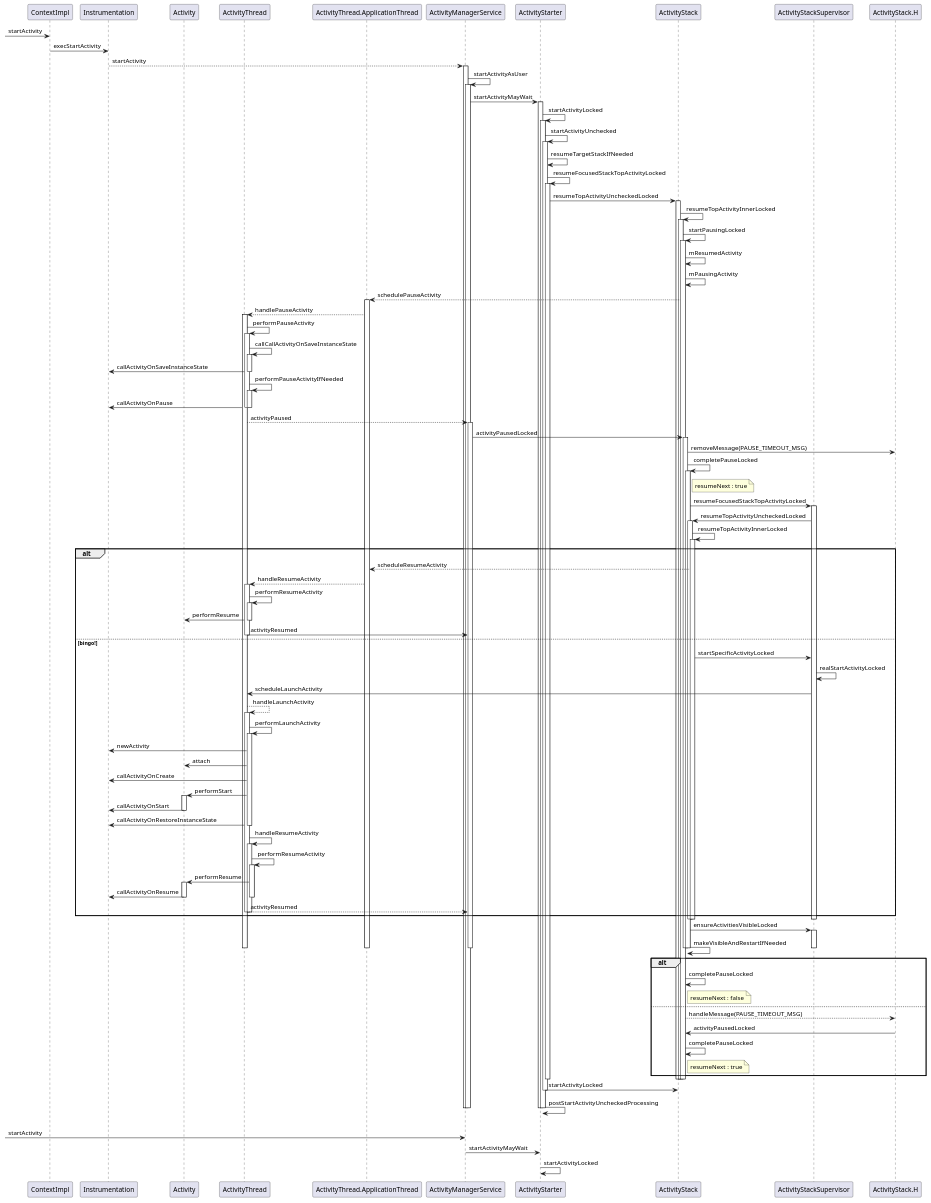
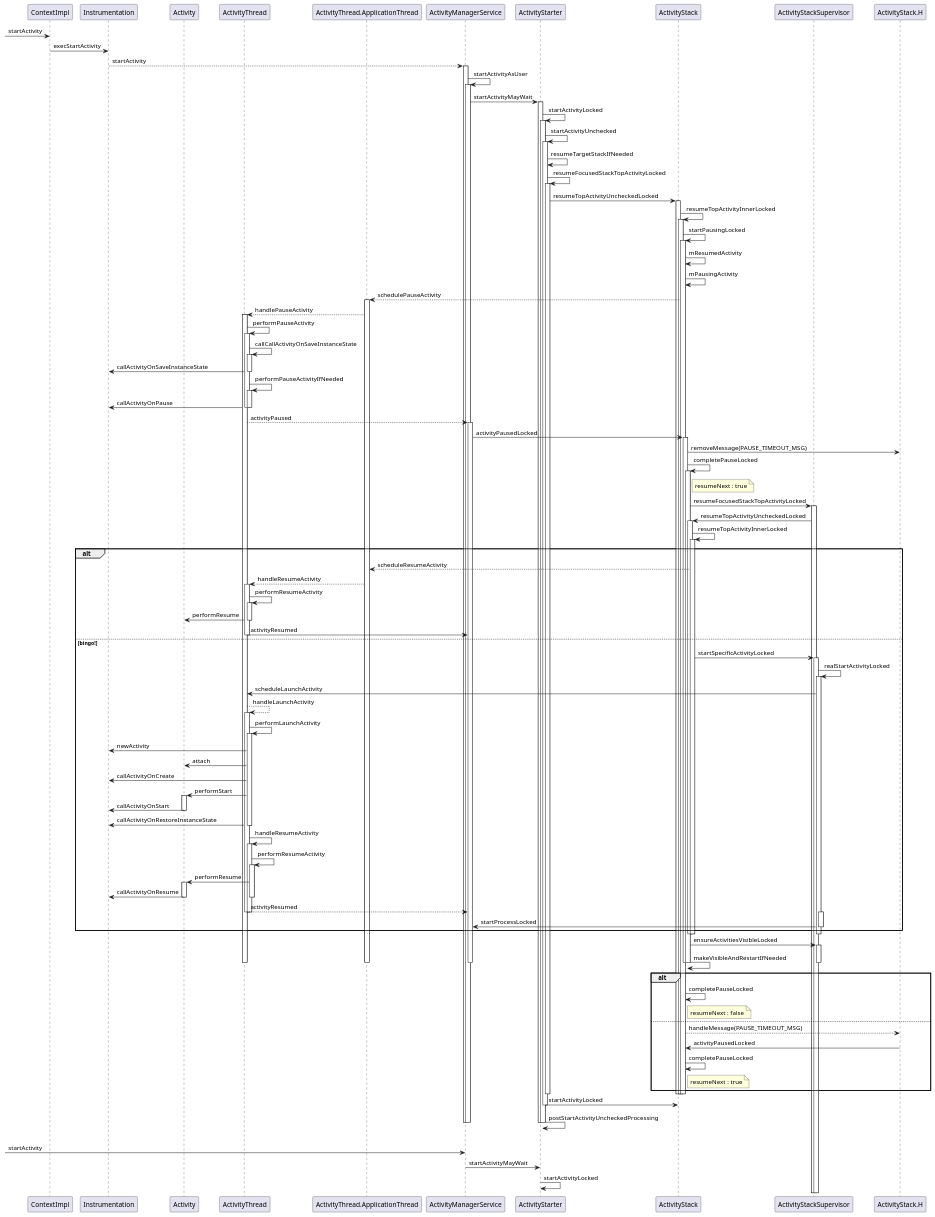
One commit to peggy109/AndroidSystemServer changed the diagram in android_start_activity.puml. Above: the diagram before and after it, drawn with PlantUML.

Commit message:
android_start_activity.puml,update

```diff
--- a/android_start_activity.puml
+++ b/android_start_activity.puml
@@ -1,143 +1,148 @@
 @startuml
 participant ContextImpl
 participant Instrumentation
 participant Activity
 participant ActivityThread
 participant ActivityThread.ApplicationThread
 participant ActivityManagerService as AMS
 participant ActivityStarter
 participant ActivityStack
 participant ActivityStackSupervisor
 participant ActivityStack.H
 
 [-> ContextImpl : startActivity
 ContextImpl -> Instrumentation : execStartActivity
 Instrumentation ---> AMS : startActivity
 activate AMS
 	AMS -> AMS : startActivityAsUser
 	activate AMS
 		AMS -> ActivityStarter : startActivityMayWait
 		activate ActivityStarter
 			ActivityStarter -> ActivityStarter : startActivityLocked
 			activate ActivityStarter
 				ActivityStarter -> ActivityStarter : startActivityUnchecked
 				activate ActivityStarter
 					ActivityStarter -> ActivityStarter : resumeTargetStackIfNeeded
 					ActivityStarter -> ActivityStarter : resumeFocusedStackTopActivityLocked
 					activate ActivityStarter
 						ActivityStarter -> ActivityStack : resumeTopActivityUncheckedLocked
 						activate ActivityStack
 							ActivityStack -> ActivityStack : resumeTopActivityInnerLocked
 							activate ActivityStack
 								ActivityStack -> ActivityStack : startPausingLocked
 								activate ActivityStack
 									ActivityStack -> ActivityStack : mResumedActivity
 									ActivityStack -> ActivityStack : mPausingActivity
 									ActivityStack --> ActivityThread.ApplicationThread : schedulePauseActivity
 									activate ActivityThread.ApplicationThread
 										ActivityThread.ApplicationThread --> ActivityThread : handlePauseActivity
 										activate ActivityThread
 											ActivityThread -> ActivityThread : performPauseActivity
 											activate ActivityThread
 												ActivityThread -> ActivityThread : callCallActivityOnSaveInstanceState
 												activate ActivityThread
 													ActivityThread -> Instrumentation : callActivityOnSaveInstanceState
 												deactivate ActivityThread
 												ActivityThread -> ActivityThread : performPauseActivityIfNeeded
 												activate ActivityThread
 													ActivityThread -> Instrumentation : callActivityOnPause
 												deactivate ActivityThread
 											deactivate ActivityThread
 											ActivityThread ---> AMS : activityPaused 
 											activate AMS
 												AMS -> ActivityStack : activityPausedLocked
 												activate ActivityStack
 													ActivityStack -> ActivityStack.H : removeMessage(PAUSE_TIMEOUT_MSG)
 													ActivityStack -> ActivityStack : completePauseLocked
 													note right of ActivityStack : resumeNext : true
 													activate ActivityStack
 														ActivityStack -> ActivityStackSupervisor : resumeFocusedStackTopActivityLocked
 														activate ActivityStackSupervisor
 															ActivityStackSupervisor -> ActivityStack : resumeTopActivityUncheckedLocked
 															activate ActivityStack
 																ActivityStack -> ActivityStack : resumeTopActivityInnerLocked
 																activate ActivityStack
 																alt
 																	ActivityStack ---> ActivityThread.ApplicationThread : scheduleResumeActivity
 																	ActivityThread.ApplicationThread ---> ActivityThread :handleResumeActivity
 																	activate ActivityThread
 																		ActivityThread -> ActivityThread : performResumeActivity
 																		activate ActivityThread
 																			ActivityThread -> Activity : performResume
 																		deactivate ActivityThread
 																		ActivityThread -> AMS : activityResumed
 																	deactivate ActivityThread
 																else bingo!
 																	ActivityStack -> ActivityStackSupervisor : startSpecificActivityLocked
-																	ActivityStackSupervisor -> ActivityStackSupervisor : realStartActivityLocked
-																	ActivityStackSupervisor -> ActivityThread : scheduleLaunchActivity
-																	ActivityThread ---> ActivityThread : handleLaunchActivity
-																	activate ActivityThread
-																		ActivityThread -> ActivityThread : performLaunchActivity
-																		activate ActivityThread
-																		    ActivityThread -> Instrumentation : newActivity
-																		    ActivityThread -> Activity : attach
-																		    ActivityThread -> Instrumentation : callActivityOnCreate
-																		    ActivityThread -> Activity : performStart
-																		    activate Activity
-																		        Activity -> Instrumentation : callActivityOnStart
-																		    deactivate Activity
-																		    ActivityThread -> Instrumentation : callActivityOnRestoreInstanceState
-																		deactivate ActivityThread
-																		ActivityThread -> ActivityThread : handleResumeActivity
-																		activate ActivityThread
-																		    ActivityThread -> ActivityThread : performResumeActivity
-																		    activate ActivityThread
-																		        ActivityThread -> Activity : performResume
-																		        activate Activity
-																		            Activity -> Instrumentation : callActivityOnResume
-																		        deactivate Activity
-																		    deactivate ActivityThread
-                                                                            ActivityThread ---> AMS : activityResumed
-																		deactivate ActivityThread
-																	deactivate ActivityThread
+																	activate ActivityStackSupervisor
+                                                                        ActivityStackSupervisor -> ActivityStackSupervisor : realStartActivityLocked
+                                                                        activate ActivityStackSupervisor
+                                                                            ActivityStackSupervisor -> ActivityThread : scheduleLaunchActivity
+                                                                            ActivityThread ---> ActivityThread : handleLaunchActivity
+                                                                            activate ActivityThread
+                                                                                ActivityThread -> ActivityThread : performLaunchActivity
+                                                                                activate ActivityThread
+                                                                                    ActivityThread -> Instrumentation : newActivity
+                                                                                    ActivityThread -> Activity : attach
+                                                                                    ActivityThread -> Instrumentation : callActivityOnCreate
+                                                                                    ActivityThread -> Activity : performStart
+                                                                                    activate Activity
+                                                                                        Activity -> Instrumentation : callActivityOnStart
+                                                                                    deactivate Activity
+                                                                                    ActivityThread -> Instrumentation : callActivityOnRestoreInstanceState
+                                                                                deactivate ActivityThread
+                                                                                ActivityThread -> ActivityThread : handleResumeActivity
+                                                                                activate ActivityThread
+                                                                                    ActivityThread -> ActivityThread : performResumeActivity
+                                                                                    activate ActivityThread
+                                                                                        ActivityThread -> Activity : performResume
+                                                                                        activate Activity
+                                                                                            Activity -> Instrumentation : callActivityOnResume
+                                                                                        deactivate Activity
+                                                                                    deactivate ActivityThread
+                                                                                    ActivityThread ---> AMS : activityResumed
+                                                                                deactivate ActivityThread
+                                                                            deactivate ActivityThread
+                                                                        activate ActivityStackSupervisor
+                                                                        ActivityStackSupervisor -> AMS : startProcessLocked
+																	deactivate ActivityStackSupervisor
 																end
 																deactivate ActivityStack
 															deactivate ActivityStack
 														deactivate ActivityStackSupervisor
 														ActivityStack -> ActivityStackSupervisor : ensureActivitiesVisibleLocked
 														activate ActivityStackSupervisor
 														ActivityStack -> ActivityStack : makeVisibleAndRestartIfNeeded
 														deactivate ActivityStackSupervisor
 													deactivate ActivityStack
 												deactivate ActivityStack
 											deactivate AMS
 										deactivate ActivityThread
 									deactivate ActivityThread.ApplicationThread
 									alt
 										ActivityStack -> ActivityStack : completePauseLocked
 										note right of ActivityStack : resumeNext : false
 									else
 										ActivityStack ---> ActivityStack.H : handleMessage(PAUSE_TIMEOUT_MSG)
 										ActivityStack.H -> ActivityStack : activityPausedLocked
 										ActivityStack -> ActivityStack : completePauseLocked
 										note right of ActivityStack : resumeNext : true
 									end
 								deactivate ActivityStack
 							deactivate ActivityStack
 						deactivate ActivityStack
 					deactivate ActivityStarter
 					ActivityStarter -> ActivityStack : startActivityLocked
 				deactivate ActivityStarter
 				ActivityStarter -> ActivityStarter : postStartActivityUncheckedProcessing
 			deactivate ActivityStarter
 		deactivate ActivityStarter
 
 	deactivate AMS
 deactivate AMS
 |||
 [-> AMS : startActivity
 AMS -> ActivityStarter : startActivityMayWait
 ActivityStarter -> ActivityStarter : startActivityLocked
 
 @enduml
```
